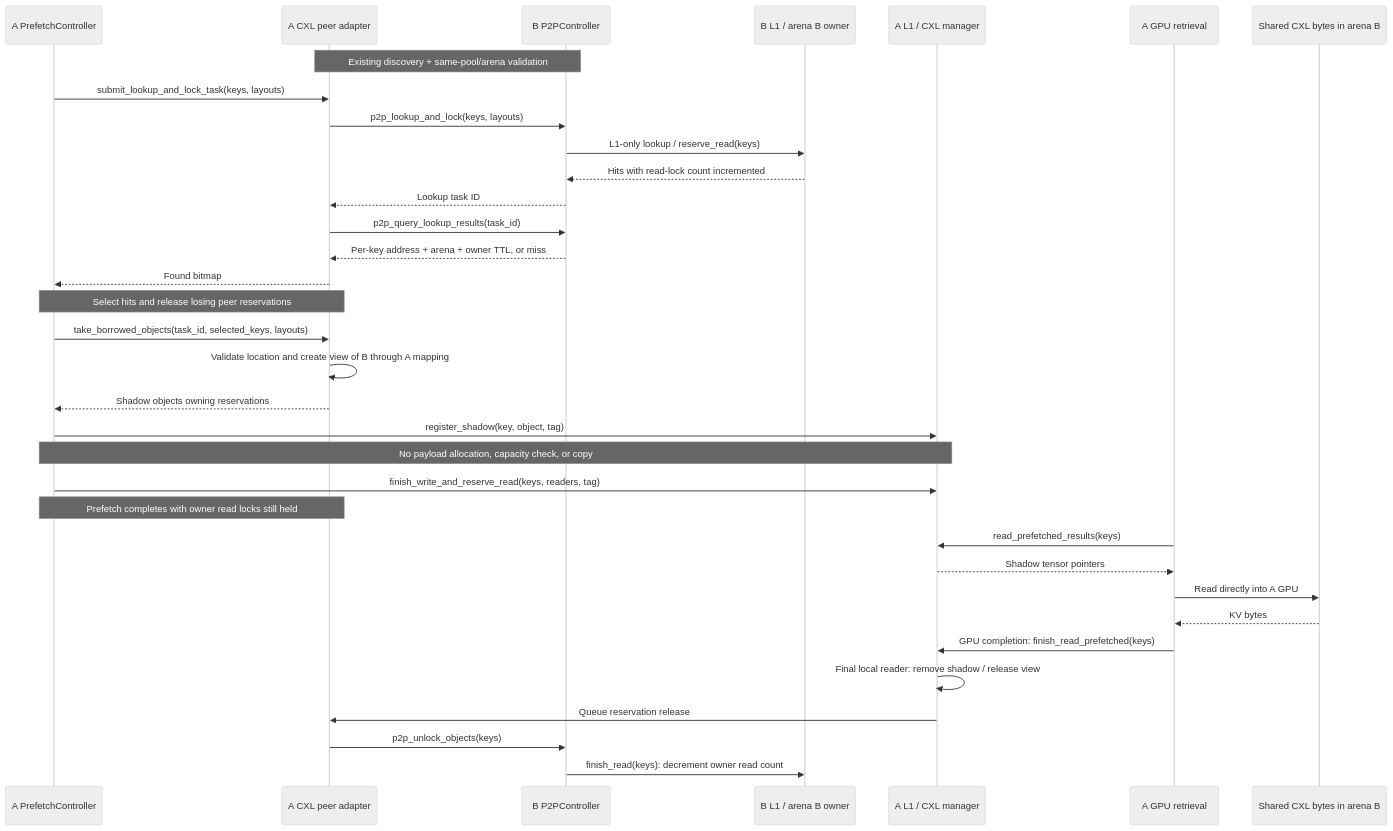
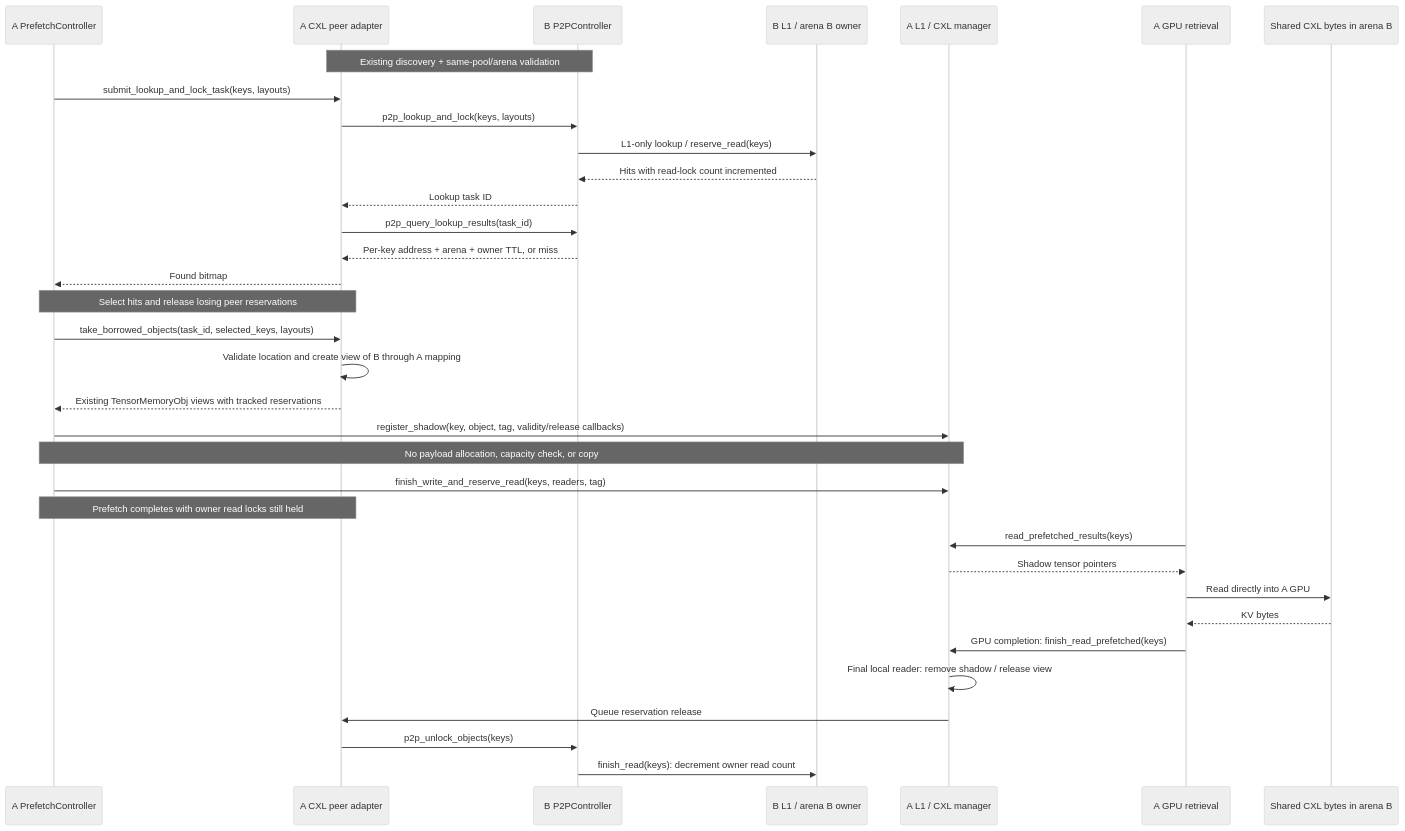
Before and after one commit to LMCache/LMCache: the diagram in docs/design/v1/cxl-kv-sharing.md, drawn with Mermaid (neutral theme). The commit also changed other lines of this file and 17 other files, not shown here.

Commit message:
refactor: reuse P2P and tensor objects for CXL shadows

````diff
--- a/docs/design/v1/cxl-kv-sharing.md
+++ b/docs/design/v1/cxl-kv-sharing.md
@@ -98,37 +110,37 @@
 ```mermaid
 sequenceDiagram
     participant PC as A PrefetchController
     participant PA as A CXL peer adapter
     participant PB as B P2PController
     participant LB as B L1 / arena B owner
     participant LA as A L1 / CXL manager
     participant GPU as A GPU retrieval
     participant CXL as Shared CXL bytes in arena B
 
     Note over PA,PB: Existing discovery + same-pool/arena validation
     PC->>PA: submit_lookup_and_lock_task(keys, layouts)
     PA->>PB: p2p_lookup_and_lock(keys, layouts)
     PB->>LB: L1-only lookup / reserve_read(keys)
     LB-->>PB: Hits with read-lock count incremented
     PB-->>PA: Lookup task ID
     PA->>PB: p2p_query_lookup_results(task_id)
     PB-->>PA: Per-key address + arena + owner TTL, or miss
     PA-->>PC: Found bitmap
     Note over PC,PA: Select hits and release losing peer reservations
     PC->>PA: take_borrowed_objects(task_id, selected_keys, layouts)
     PA->>PA: Validate location and create view of B through A mapping
-    PA-->>PC: Shadow objects owning reservations
-    PC->>LA: register_shadow(key, object, tag)
+    PA-->>PC: Existing TensorMemoryObj views with tracked reservations
+    PC->>LA: register_shadow(key, object, tag, validity/release callbacks)
     Note over PC,LA: No payload allocation, capacity check, or copy
     PC->>LA: finish_write_and_reserve_read(keys, readers, tag)
     Note over PC,PA: Prefetch completes with owner read locks still held
     GPU->>LA: read_prefetched_results(keys)
     LA-->>GPU: Shadow tensor pointers
     GPU->>CXL: Read directly into A GPU
     CXL-->>GPU: KV bytes
     GPU->>LA: GPU completion: finish_read_prefetched(keys)
     LA->>LA: Final local reader: remove shadow / release view
     LA->>PA: Queue reservation release
     PA->>PB: p2p_unlock_objects(keys)
     PB->>LB: finish_read(keys): decrement owner read count
 ```
````
